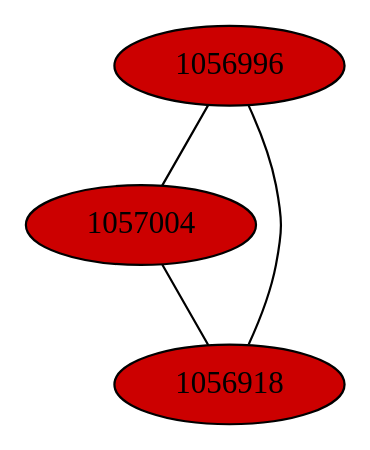
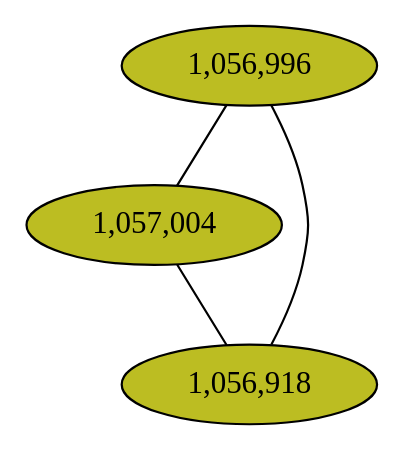
One commit to fedarko/sheepgut changed the diagram in notebooks/graphs/CAMP_cc7.gv. Above: the diagram before and after it, drawn with Graphviz. The commit also changed 59 other files, not shown here.

Commit message:
color lm graphs by gene #

```diff
--- a/notebooks/graphs/CAMP_cc7.gv
+++ b/notebooks/graphs/CAMP_cc7.gv
@@ -1,9 +1,9 @@
 graph CAMP_cc7 {
 	K = 2.0;
-	1056996 [style="filled", fillcolor="#cc0000"];
-	1057004 [style="filled", fillcolor="#cc0000"];
-	1056918 [style="filled", fillcolor="#cc0000"];
-	1056996 -- 1056918;
-	1056996 -- 1057004;
-	1057004 -- 1056918;
+	overlap="prism2";	"1,056,996" [style="filled", fillcolor="#bcbd22", fontcolor="#000000"];
+	"1,057,004" [style="filled", fillcolor="#bcbd22", fontcolor="#000000"];
+	"1,056,918" [style="filled", fillcolor="#bcbd22", fontcolor="#000000"];
+	"1,056,996" -- "1,056,918";
+	"1,056,996" -- "1,057,004";
+	"1,057,004" -- "1,056,918";
 }
```
